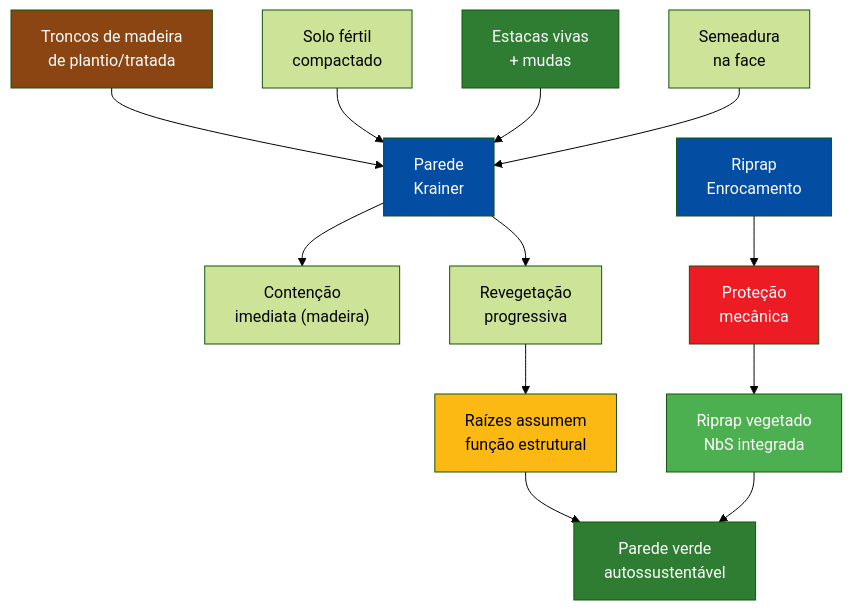
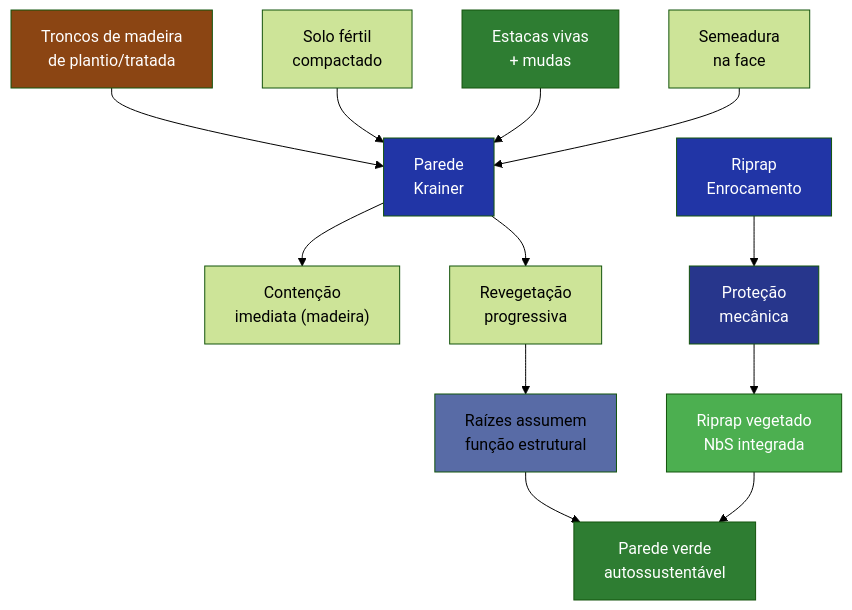
The seventh of 7 diagrams in aulas/bioengenharia_de_solos/aulas/parede_krainer/parede_krainer.qmd (ldvsantos/cv), drawn with Mermaid (forest theme) before and after one commit. The commit also changed other lines of this file and 466 other files, not shown here.

````diff
--- a/aulas/bioengenharia_de_solos/aulas/parede_krainer/parede_krainer.qmd
+++ b/aulas/bioengenharia_de_solos/aulas/parede_krainer/parede_krainer.qmd
@@ -908,23 +906,23 @@
 ```{mermaid}
 %%| fig-width: 5
 graph TD
     A["Troncos de madeira<br>de plantio/tratada"] --> E["Parede<br>Krainer"]
     B["Solo fértil<br>compactado"] --> E
     C["Estacas vivas<br>+ mudas"] --> E
     D["Semeadura<br>na face"] --> E
     E --> F["Contenção<br>imediata (madeira)"]
     E --> G["Revegetação<br>progressiva"]
     G --> H["Raízes assumem<br>função estrutural"]
     H --> I["Parede verde<br>autossustentável"]
     J["Riprap<br>Enrocamento"] --> K["Proteção<br>mecânica"]
     K --> L["Riprap vegetado<br>NbS integrada"]
     L --> I
-    style J fill:#034EA2,color:#fff
-    style K fill:#ED1C24,color:#fff
+    style J fill:#2135A6,color:#fff
+    style K fill:#27368C,color:#fff
     style L fill:#4CAF50,color:#fff
     style A fill:#8B4513,color:#fff
     style C fill:#2E7D32,color:#fff
-    style E fill:#034EA2,color:#fff
-    style H fill:#FDB913,color:#000
+    style E fill:#2135A6,color:#fff
+    style H fill:#586BA6,color:#000
     style I fill:#2E7D32,color:#fff
 ```
````
